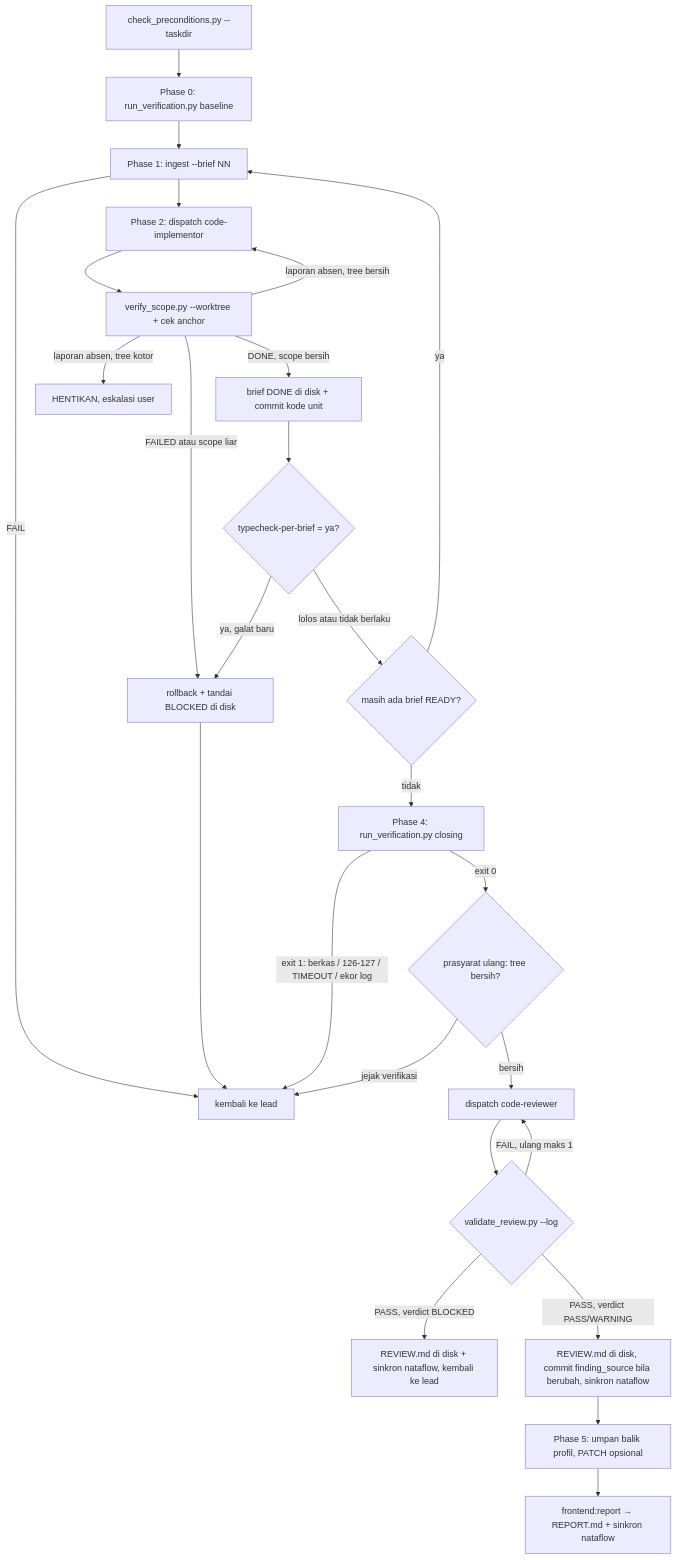
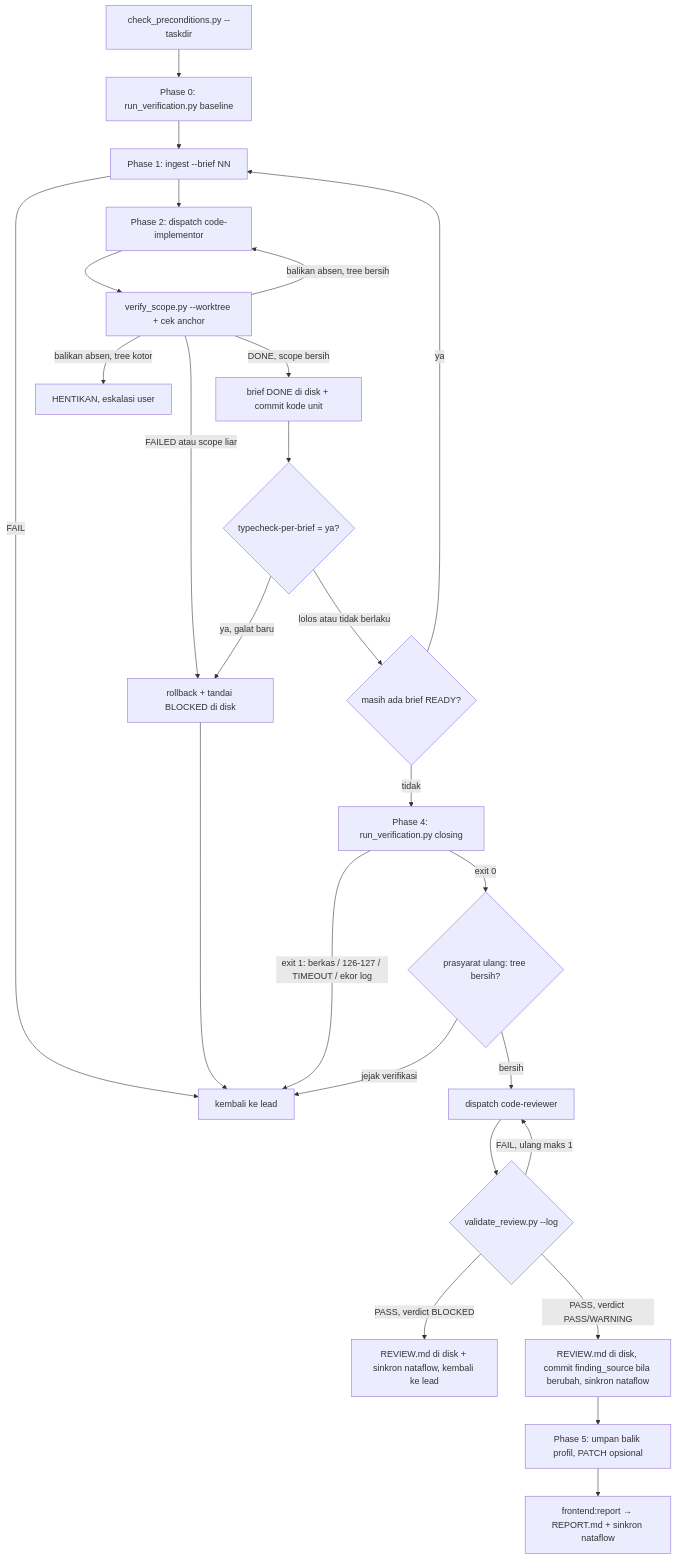
Before and after one commit to nataflow/agentic-workflow: the fifth of 8 diagrams in flow/frontend.md, drawn with Mermaid. The commit also changed other lines of this file and 6 other files, not shown here.

Commit message:
docs(frontend,backend): flow, README, dan migrasi untuk laporan unit lewat balikan (37 R1)

````diff
--- a/flow/frontend.md
+++ b/flow/frontend.md
@@ -469,28 +469,28 @@
 ```mermaid
 flowchart TD
     PRE["check_preconditions.py --taskdir"] --> BASE["Phase 0: run_verification.py baseline"]
     BASE --> ING["Phase 1: ingest --brief NN"]
     ING -->|"FAIL"| STOP["kembali ke lead"]
     ING --> DIS["Phase 2: dispatch code-implementor"]
     DIS --> VS["verify_scope.py --worktree + cek anchor"]
     VS -->|"DONE, scope bersih"| CU["brief DONE di disk + commit kode unit"]
     VS -->|"FAILED atau scope liar"| CB["rollback + tandai BLOCKED di disk"]
-    VS -->|"laporan absen, tree bersih"| DIS
-    VS -->|"laporan absen, tree kotor"| HALT["HENTIKAN, eskalasi user"]
+    VS -->|"balikan absen, tree bersih"| DIS
+    VS -->|"balikan absen, tree kotor"| HALT["HENTIKAN, eskalasi user"]
     CU --> TC{"typecheck-per-brief = ya?"}
     TC -->|"ya, galat baru"| CB
     TC -->|"lolos atau tidak berlaku"| NEXT{"masih ada brief READY?"}
     NEXT -->|"ya"| ING
     NEXT -->|"tidak"| CLS["Phase 4: run_verification.py closing"]
     CB --> STOP
     CLS -->|"exit 1: berkas / 126-127 / TIMEOUT / ekor log"| STOP
     CLS -->|"exit 0"| TR{"prasyarat ulang: tree bersih?"}
     TR -->|"jejak verifikasi"| STOP
     TR -->|"bersih"| REV["dispatch code-reviewer"]
     REV --> VR{"validate_review.py --log"}
     VR -->|"FAIL, ulang maks 1"| REV
     VR -->|"PASS, verdict BLOCKED"| CBR["REVIEW.md di disk + sinkron nataflow, kembali ke lead"]
     VR -->|"PASS, verdict PASS/WARNING"| CR["REVIEW.md di disk, commit finding_source bila berubah, sinkron nataflow"]
     CR --> FB["Phase 5: umpan balik profil, PATCH opsional"]
     FB --> RPT["frontend:report → REPORT.md + sinkron nataflow"]
 ```
````
